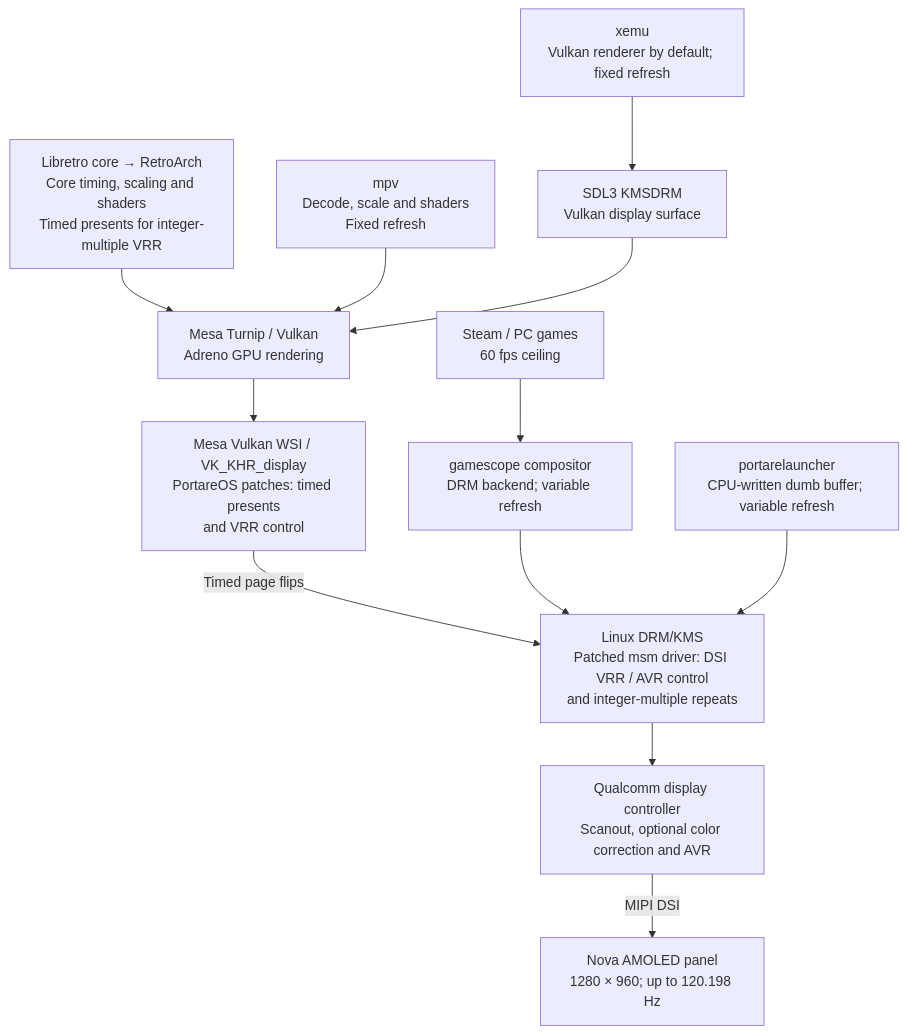
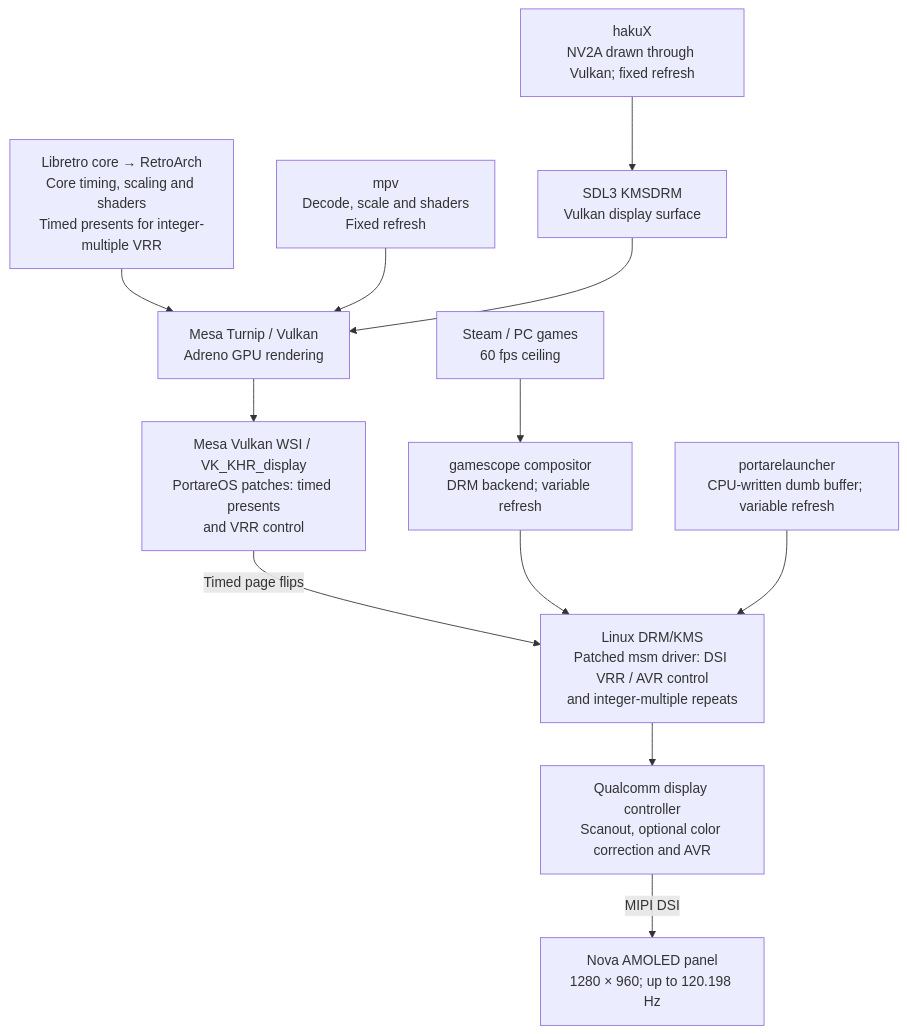
Before and after one commit to portare-ch/portareos: the second of 2 diagrams in README.md, drawn with Mermaid. The commit also changed other lines of this file and 26 other files, not shown here.

First line of the commit message:
emulators: replace xemu with hakuX for the Xbox

````diff
--- a/README.md
+++ b/README.md
@@ -302,14 +303,14 @@
 ```mermaid
 flowchart TD
     RA["Libretro core → RetroArch<br/>Core timing, scaling and shaders<br/>Timed presents for integer-multiple VRR"] --> VK
     MPV["mpv<br/>Decode, scale and shaders<br/>Fixed refresh"] --> VK
-    XEMU["xemu<br/>Vulkan renderer by default; fixed refresh"] --> SDL["SDL3 KMSDRM<br/>Vulkan display surface"]
+    HAKUX["hakuX<br/>NV2A drawn through Vulkan; fixed refresh"] --> SDL["SDL3 KMSDRM<br/>Vulkan display surface"]
     SDL --> VK
     VK["Mesa Turnip / Vulkan<br/>Adreno GPU rendering"] --> WSI["Mesa Vulkan WSI / VK_KHR_display<br/>PortareOS patches: timed presents<br/>and VRR control"]
     WSI -->|Timed page flips| KMS
     STEAM["Steam / PC games<br/>60 fps ceiling"] --> GS["gamescope compositor<br/>DRM backend; variable refresh"]
     GS --> KMS
     LAUNCHER["portarelauncher<br/>CPU-written dumb buffer; variable refresh"] --> KMS
     KMS["Linux DRM/KMS<br/>Patched msm driver: DSI VRR / AVR control<br/>and integer-multiple repeats"] --> DPU["Qualcomm display controller<br/>Scanout, optional color correction and AVR"]
     DPU -->|MIPI DSI| PANEL["Nova AMOLED panel<br/>1280 × 960; up to 120.198 Hz"]
 ```
````
